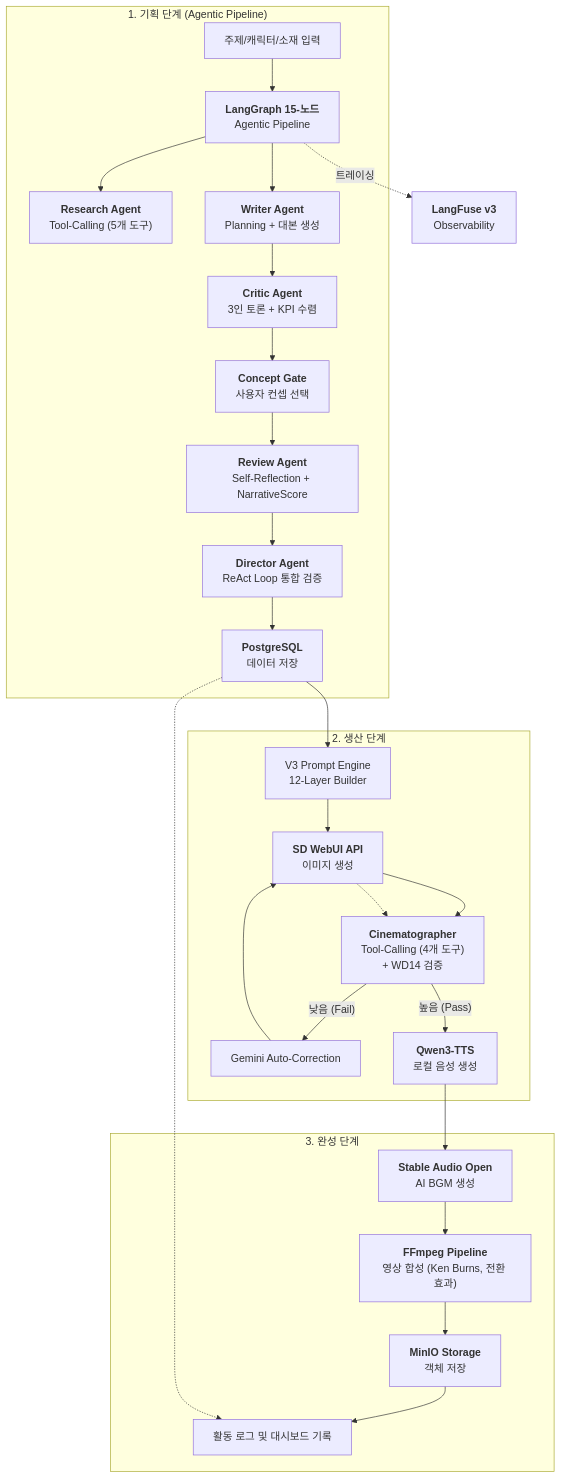
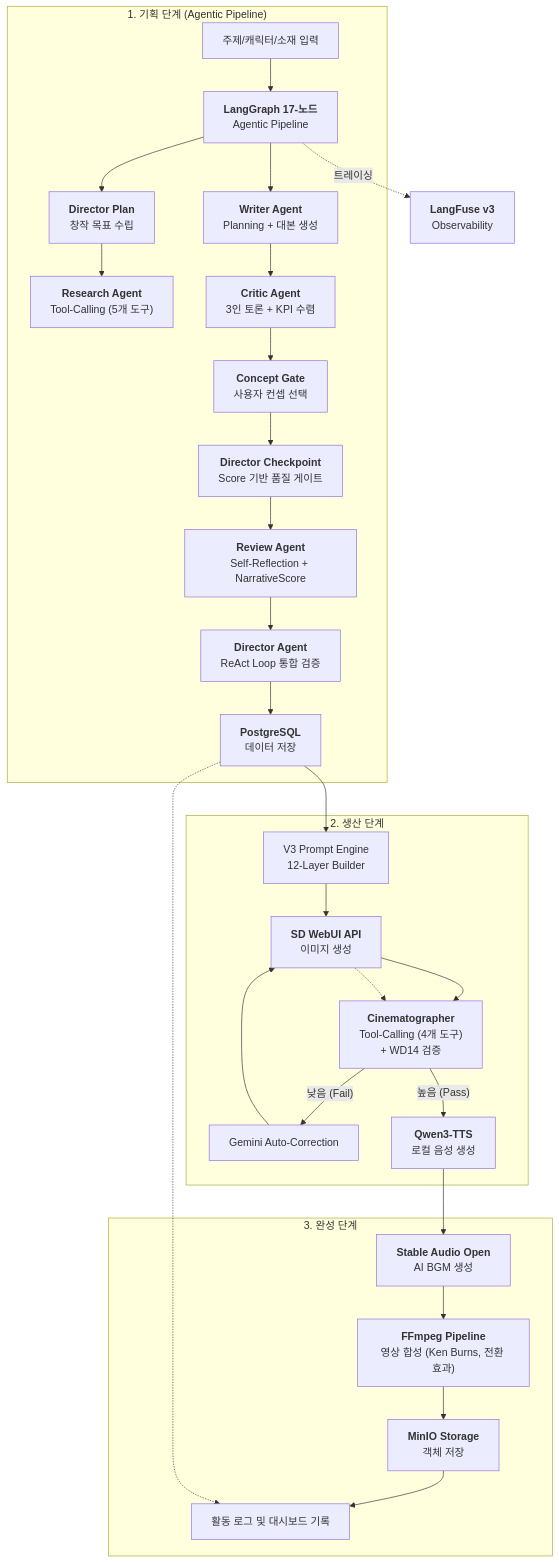
The first of 2 diagrams in docs/01_product/PRD.md (tomo-playground/sdd-orchestrator), drawn with Mermaid before and after one commit. The commit also changed other lines of this file and 5 other files, not shown here.

First line of the commit message:
docs: 17-노드 Agentic Pipeline 기준 문서 일괄 업데이트

````diff
--- a/docs/01_product/PRD.md
+++ b/docs/01_product/PRD.md
@@ -9,36 +9,38 @@
 ```mermaid
 graph TD
     subgraph Planning ["1. 기획 단계 (Agentic Pipeline)"]
-        Topic[주제/캐릭터/소재 입력] --> Graph["<b>LangGraph 15-노드</b><br/>Agentic Pipeline"]
-        Graph --> Research["<b>Research Agent</b><br/>Tool-Calling (5개 도구)"]
+        Topic[주제/캐릭터/소재 입력] --> Graph["<b>LangGraph 17-노드</b><br/>Agentic Pipeline"]
+        Graph --> DirPlan["<b>Director Plan</b><br/>창작 목표 수립"]
+        DirPlan --> Research["<b>Research Agent</b><br/>Tool-Calling (5개 도구)"]
         Graph --> Writer["<b>Writer Agent</b><br/>Planning + 대본 생성"]
         Writer --> Critic["<b>Critic Agent</b><br/>3인 토론 + KPI 수렴"]
         Critic --> ConceptGate["<b>Concept Gate</b><br/>사용자 컨셉 선택"]
-        ConceptGate --> Review["<b>Review Agent</b><br/>Self-Reflection + NarrativeScore"]
+        ConceptGate --> DirCheck["<b>Director Checkpoint</b><br/>Score 기반 품질 게이트"]
+        DirCheck --> Review["<b>Review Agent</b><br/>Self-Reflection + NarrativeScore"]
         Review --> Director["<b>Director Agent</b><br/>ReAct Loop 통합 검증"]
         Director --> DB_Store["<b>PostgreSQL</b><br/>데이터 저장"]
     end
 
     subgraph Production ["2. 생산 단계"]
         DB_Store --> Prompt[V3 Prompt Engine<br/>12-Layer Builder]
         Prompt --> SD["<b>SD WebUI API</b><br/>이미지 생성"]
         SD --> Quality["<b>Cinematographer</b><br/>Tool-Calling (4개 도구)<br/>+ WD14 검증"]
         Quality -- "낮음 (Fail)" --> AutoEdit[Gemini Auto-Correction]
         AutoEdit --> SD
         Quality -- "높음 (Pass)" --> Audio["<b>Qwen3-TTS</b><br/>로컬 음성 생성"]
     end
 
     subgraph Finalization ["3. 완성 단계"]
         Audio --> BGM["<b>Stable Audio Open</b><br/>AI BGM 생성"]
         BGM --> FFmpeg["<b>FFmpeg Pipeline</b><br/>영상 합성 (Ken Burns, 전환 효과)"]
         FFmpeg --> MinIO["<b>MinIO Storage</b><br/>객체 저장"]
         MinIO --> History[활동 로그 및 대시보드 기록]
     end
 
     %% Observability
     Graph -.->|트레이싱| LangFuse["<b>LangFuse v3</b><br/>Observability"]
 
     %% Data Connections
     DB_Store -.-> History
     SD -.-> Quality
 ```
````
